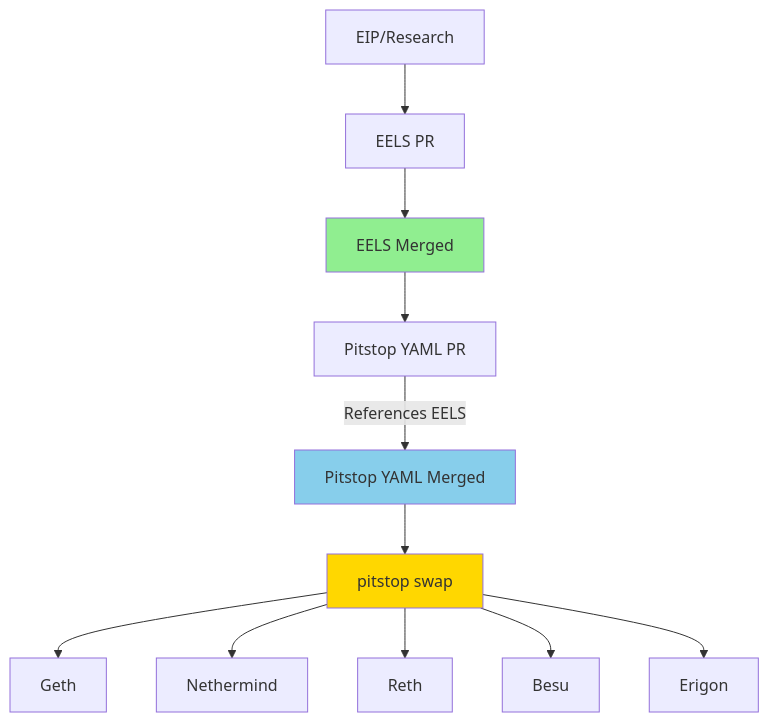
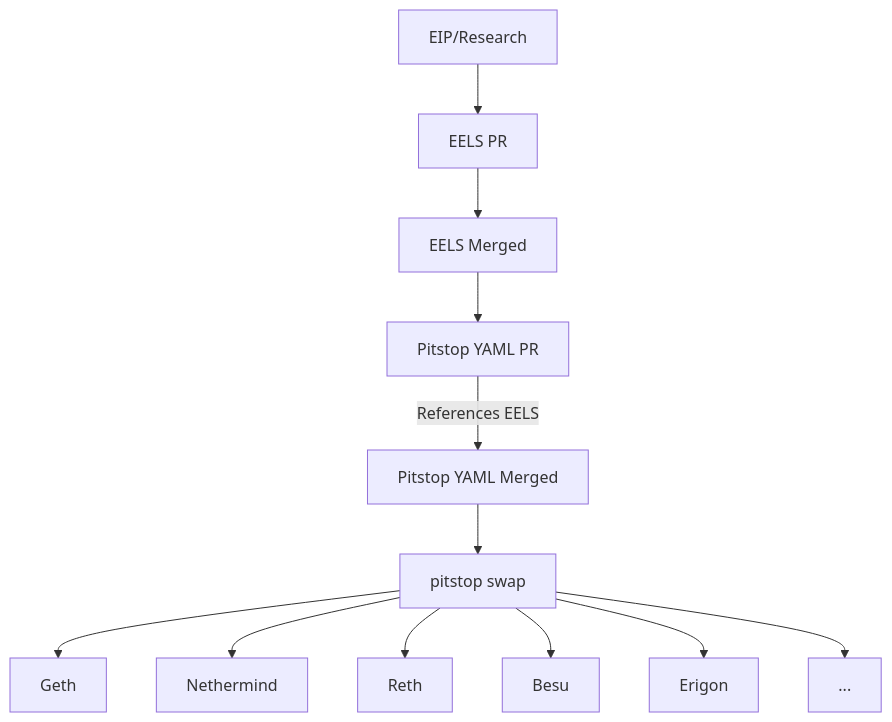
One commit to raxhvl/pitstop changed the diagram in README.md. Above: the diagram before and after it, drawn with Mermaid. The commit also changed other lines of this file, not shown here.

Commit message:
🥢 nit:

````diff
--- a/README.md
+++ b/README.md
@@ -32,17 +30,14 @@
 ```mermaid
 graph TD
     A[EIP/Research] --> B[EELS PR]
     B --> C[EELS Merged]
     C --> D[Pitstop YAML PR]
     D -->|References EELS| E[Pitstop YAML Merged]
     E --> F[pitstop swap]
     F --> G[Geth]
     F --> H[Nethermind]
     F --> I[Reth]
     F --> J[Besu]
     F --> K[Erigon]
-
-    style C fill:#90EE90
-    style E fill:#87CEEB
-    style F fill:#FFD700
+    F --> L[...]
 ```
````
